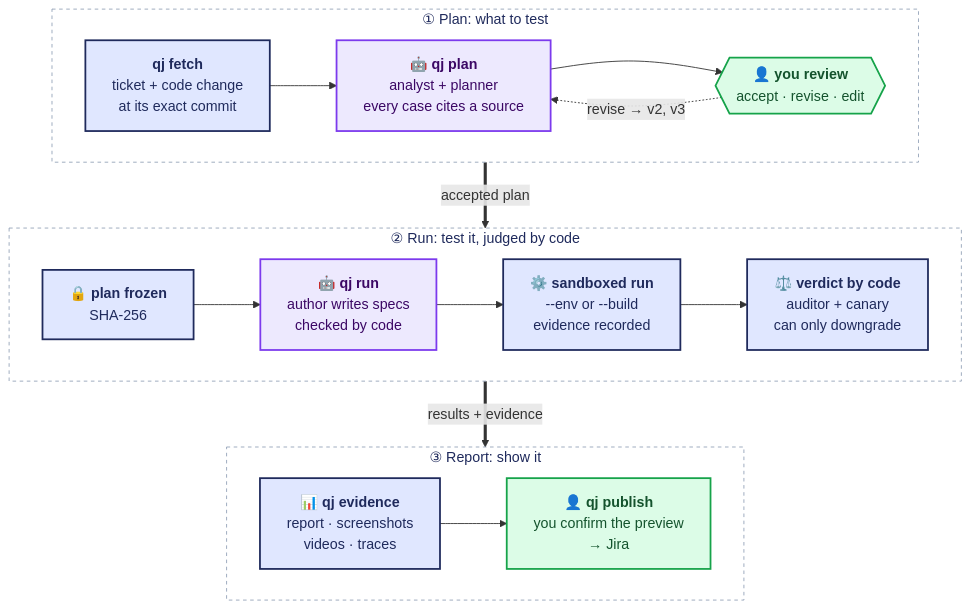
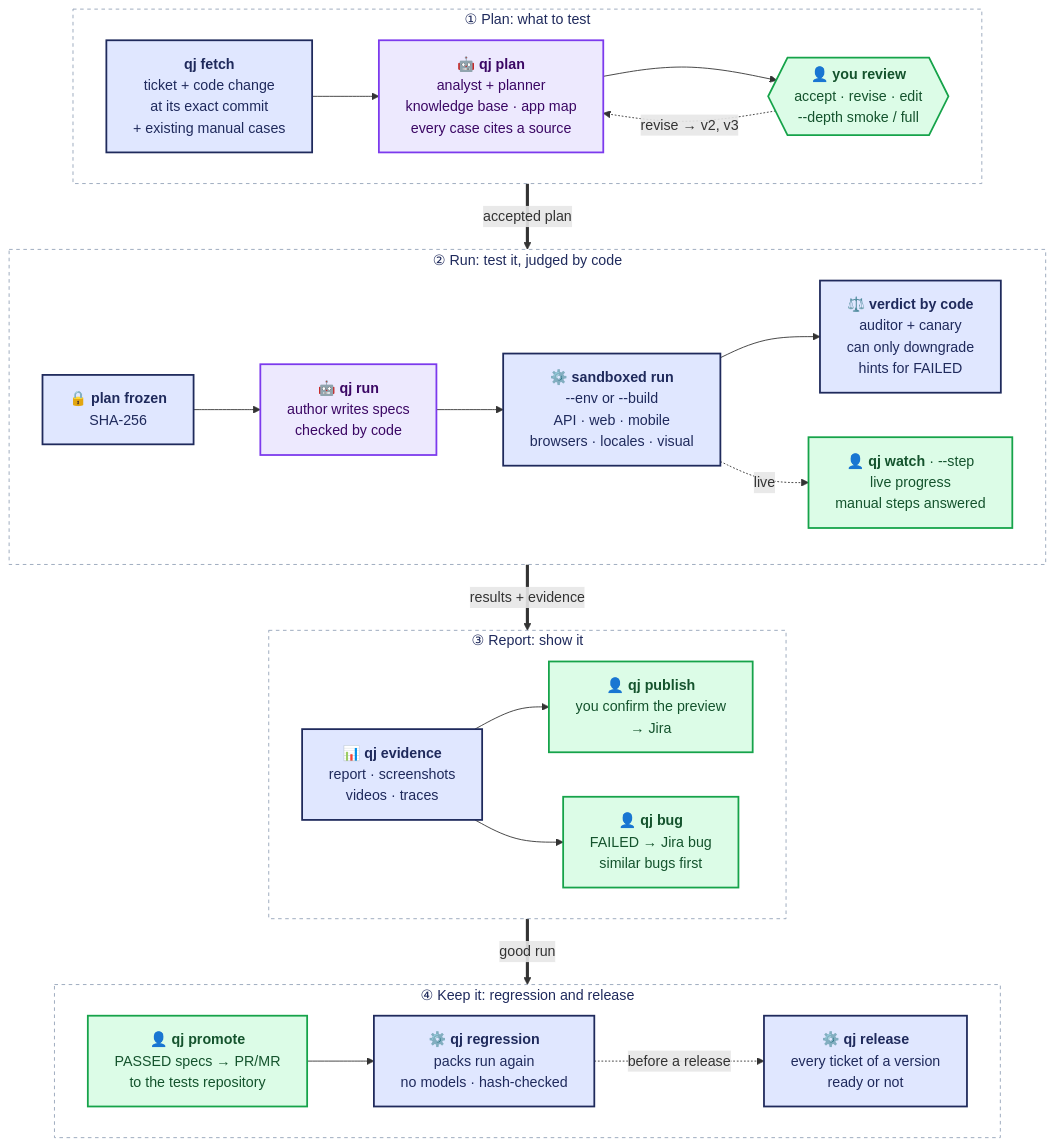
Before and after one commit to BogiLoco/qajitsu: the diagram in docs/assets/qajitsu-flow.mmd, drawn with Mermaid. The commit also changed 2 other files, not shown here.

Commit message:
docs: README brought up to date with every command and the current flow
The flow diagram gains the existing manual cases, the knowledge base and
application map, live watching and manual steps, qj bug, and a fourth
stage for promote, regression and release. The step table, the command
reference (missing options, a broken run row, a duplicated runs row, the
explore promote command) and the configuration table are corrected; a new
"Every command with an example" section lists every command with a
working example, all parsed by the CLI. Broken anchors and section
references are fixed, exit codes of the other commands are explained, the
run folder layout lists results/matrix, results/locale, manual/, explore/
and report/bugs, and an optional configuration example shows the newer
sections (validated against the schema).

Refs: REQ-NFR-03

```diff
--- a/docs/assets/qajitsu-flow.mmd
+++ b/docs/assets/qajitsu-flow.mmd
@@ -1,34 +1,47 @@
 flowchart TB
     subgraph PLAN["① Plan: what to test"]
         direction LR
-        fetch["<b>qj fetch</b><br/>ticket + code change<br/>at its exact commit"]
-        plan["🤖 <b>qj plan</b><br/>analyst + planner<br/>every case cites a source"]
-        review{{"👤 <b>you review</b><br/>accept · revise · edit"}}
+        fetch["<b>qj fetch</b><br/>ticket + code change<br/>at its exact commit<br/>+ existing manual cases"]
+        plan["🤖 <b>qj plan</b><br/>analyst + planner<br/>knowledge base · app map<br/>every case cites a source"]
+        review{{"👤 <b>you review</b><br/>accept · revise · edit<br/>--depth smoke / full"}}
         fetch --> plan --> review
         review -. "revise → v2, v3" .-> plan
     end
     subgraph RUN["② Run: test it, judged by code"]
         direction LR
         freeze["🔒 <b>plan frozen</b><br/>SHA-256"]
         author["🤖 <b>qj run</b><br/>author writes specs<br/>checked by code"]
-        runner["⚙️ <b>sandboxed run</b><br/>--env or --build<br/>evidence recorded"]
-        verdict["⚖️ <b>verdict by code</b><br/>auditor + canary<br/>can only downgrade"]
+        runner["⚙️ <b>sandboxed run</b><br/>--env or --build<br/>API · web · mobile<br/>browsers · locales · visual"]
+        verdict["⚖️ <b>verdict by code</b><br/>auditor + canary<br/>can only downgrade<br/>hints for FAILED"]
         freeze --> author --> runner --> verdict
+        watch["👤 <b>qj watch</b> · --step<br/>live progress<br/>manual steps answered"]
+        runner -. "live" .-> watch
     end
     subgraph REPORT["③ Report: show it"]
         direction LR
         evidence["📊 <b>qj evidence</b><br/>report · screenshots<br/>videos · traces"]
         publish["👤 <b>qj publish</b><br/>you confirm the preview<br/>→ Jira"]
+        bug["👤 <b>qj bug</b><br/>FAILED → Jira bug<br/>similar bugs first"]
         evidence --> publish
+        evidence --> bug
+    end
+    subgraph KEEP["④ Keep it: regression and release"]
+        direction LR
+        promote["👤 <b>qj promote</b><br/>PASSED specs → PR/MR<br/>to the tests repository"]
+        regression["⚙️ <b>qj regression</b><br/>packs run again<br/>no models · hash-checked"]
+        release["⚙️ <b>qj release</b><br/>every ticket of a version<br/>ready or not"]
+        promote --> regression
+        regression -. "before a release" .-> release
     end
     PLAN == "accepted plan" ==> RUN
     RUN == "results + evidence" ==> REPORT
+    REPORT == "good run" ==> KEEP
 
     classDef human fill:#dcfce7,stroke:#16a34a,color:#14532d,stroke-width:2px
     classDef agent fill:#ede9fe,stroke:#7c3aed,color:#3b0764,stroke-width:2px
     classDef code fill:#e0e7ff,stroke:#1f2a5c,color:#1f2a5c,stroke-width:2px
     classDef stage fill:#ffffff,stroke:#94a3b8,color:#1f2a5c,stroke-dasharray:4 4
-    class review,publish human
+    class review,publish,watch,bug,promote human
     class plan,author agent
-    class fetch,freeze,runner,verdict,evidence code
-    class PLAN,RUN,REPORT stage
+    class fetch,freeze,runner,verdict,evidence,regression,release code
+    class PLAN,RUN,REPORT,KEEP stage
```
